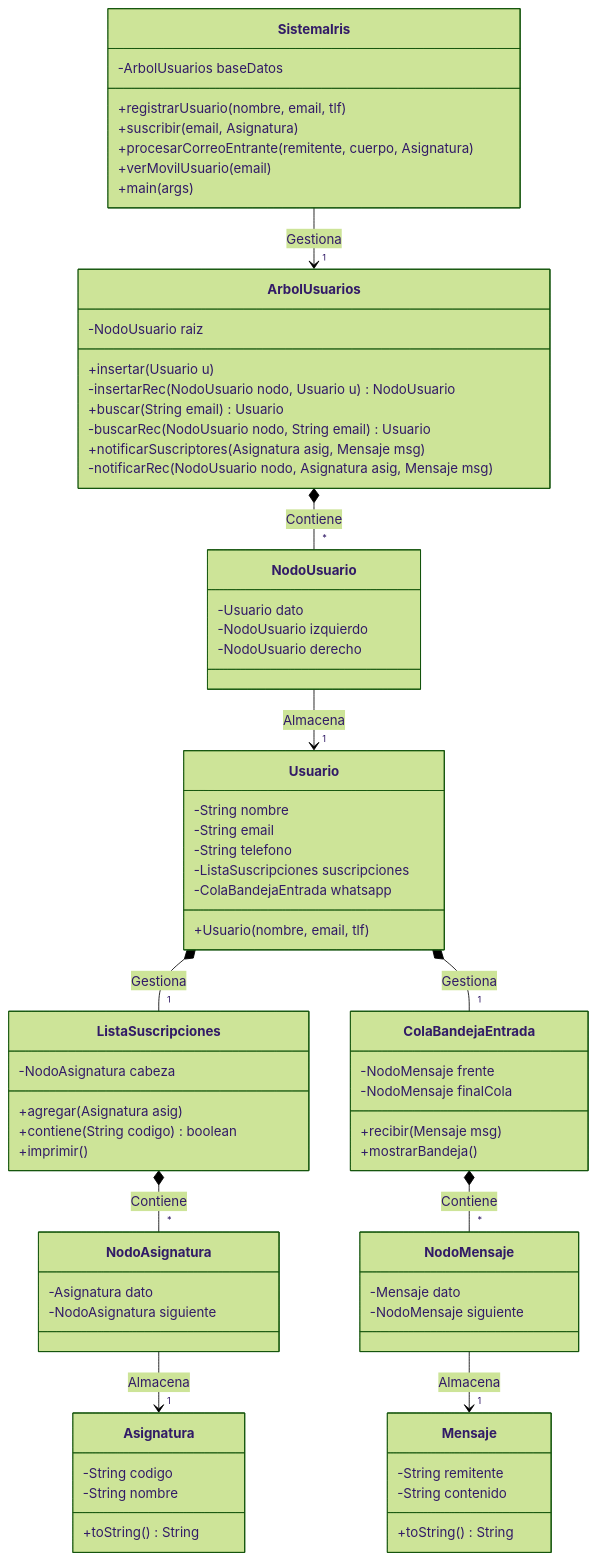
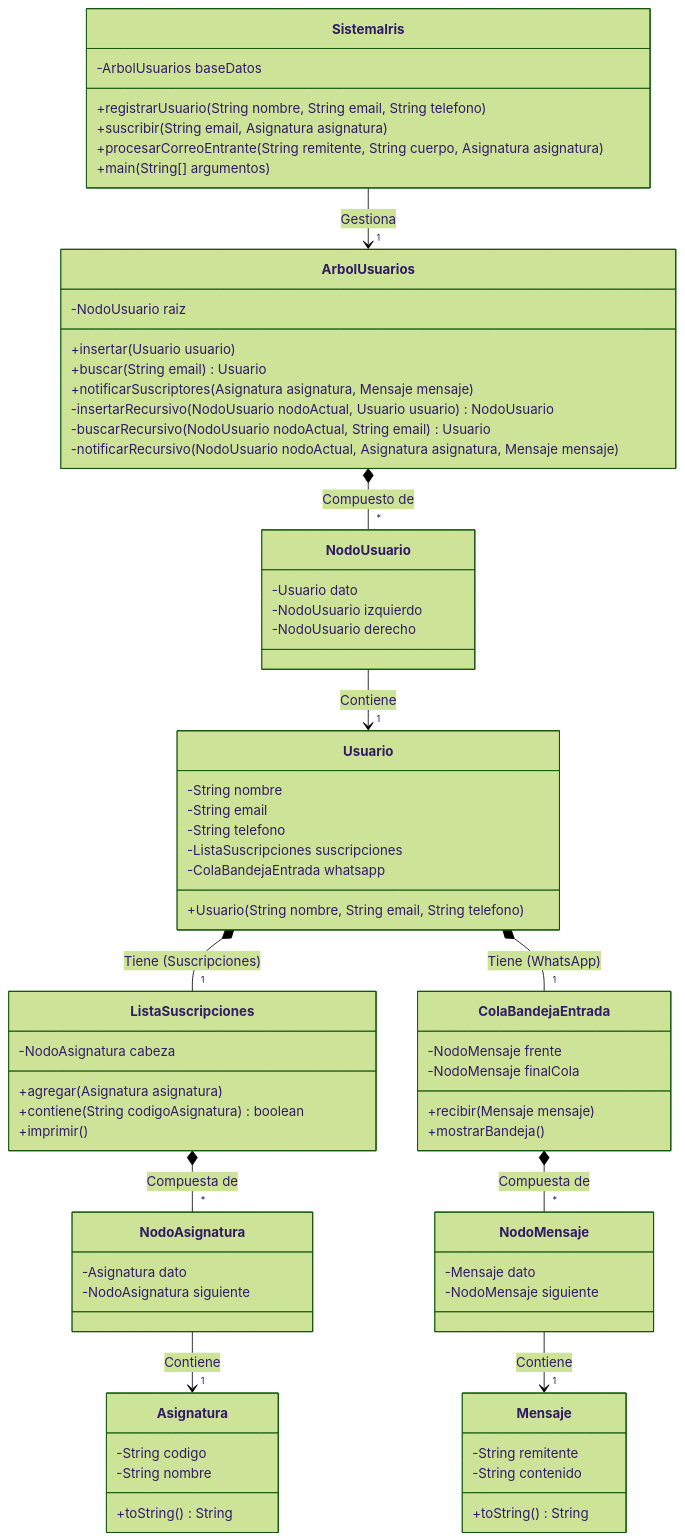
Before and after one commit to mmasias/25-26-EDA1: the diagram in entregas/lianoJavier/documentosUML/README.md, drawn with Mermaid (forest theme).

Commit message:
Refactor method

````diff
--- a/entregas/lianoJavier/documentosUML/README.md
+++ b/entregas/lianoJavier/documentosUML/README.md
@@ -19,13 +19,16 @@
         -String telefono
         -ListaSuscripciones suscripciones
         -ColaBandejaEntrada whatsapp
-        +Usuario(nombre, email, tlf)
+        +Usuario(String nombre, String email, String telefono)
     }
 
+    %% --- ESTRUCTURAS DE DATOS PROPIAS (EDA1) ---
+
+    %% 1. LISTA ENLAZADA (Para Suscripciones)
     class ListaSuscripciones {
         -NodoAsignatura cabeza
-        +agregar(Asignatura asig)
-        +contiene(String codigo) boolean
+        +agregar(Asignatura asignatura)
+        +contiene(String codigoAsignatura) boolean
         +imprimir()
     }
 
@@ -34,10 +37,11 @@
         -NodoAsignatura siguiente
     }
 
+    %% 2. COLA (Para la Bandeja de Entrada - FIFO)
     class ColaBandejaEntrada {
         -NodoMensaje frente
         -NodoMensaje finalCola
-        +recibir(Mensaje msg)
+        +recibir(Mensaje mensaje)
         +mostrarBandeja()
     }
 
@@ -46,14 +50,17 @@
         -NodoMensaje siguiente
     }
 
+    %% 3. ÁRBOL BINARIO DE BÚSQUEDA (Base de Datos de Usuarios)
     class ArbolUsuarios {
         -NodoUsuario raiz
-        +insertar(Usuario u)
-        -insertarRec(NodoUsuario nodo, Usuario u) NodoUsuario
+        +insertar(Usuario usuario)
         +buscar(String email) Usuario
-        -buscarRec(NodoUsuario nodo, String email) Usuario
-        +notificarSuscriptores(Asignatura asig, Mensaje msg)
-        -notificarRec(NodoUsuario nodo, Asignatura asig, Mensaje msg)
+        +notificarSuscriptores(Asignatura asignatura, Mensaje mensaje)
+        
+        %% Métodos recursivos privados con nombres completos
+        -insertarRecursivo(NodoUsuario nodoActual, Usuario usuario) NodoUsuario
+        -buscarRecursivo(NodoUsuario nodoActual, String email) Usuario
+        -notificarRecursivo(NodoUsuario nodoActual, Asignatura asignatura, Mensaje mensaje)
     }
 
     class NodoUsuario {
@@ -62,26 +69,33 @@
         -NodoUsuario derecho
     }
 
+    %% --- CONTROLADOR PRINCIPAL ---
     class SistemaIris {
         -ArbolUsuarios baseDatos
-        +registrarUsuario(nombre, email, tlf)
-        +suscribir(email, Asignatura)
-        +procesarCorreoEntrante(remitente, cuerpo, Asignatura)
-        +verMovilUsuario(email)
-        +main(args)
+        +registrarUsuario(String nombre, String email, String telefono)
+        +suscribir(String email, Asignatura asignatura)
+        +procesarCorreoEntrante(String remitente, String cuerpo, Asignatura asignatura)
+        +main(String[] argumentos)
     }
 
+    %% --- RELACIONES ENTRE CLASES ---
+    
+    %% El sistema "tiene" la base de datos principal
     SistemaIris --> "1" ArbolUsuarios : Gestiona
 
-    ArbolUsuarios *-- "*" NodoUsuario : Contiene
-    NodoUsuario --> "1" Usuario : Almacena
+    %% Composición del Árbol (Si el árbol muere, los nodos mueren)
+    ArbolUsuarios *-- "*" NodoUsuario : Compuesto de
+    NodoUsuario --> "1" Usuario : Contiene
 
-    Usuario *-- "1" ListaSuscripciones : Gestiona
-    Usuario *-- "1" ColaBandejaEntrada : Gestiona
+    %% Composición del Usuario (Sus estructuras son parte de él)
+    Usuario *-- "1" ListaSuscripciones : Tiene (Suscripciones)
+    Usuario *-- "1" ColaBandejaEntrada : Tiene (WhatsApp)
 
-    ListaSuscripciones *-- "*" NodoAsignatura : Contiene
-    NodoAsignatura --> "1" Asignatura : Almacena
+    %% Composición de la Lista
+    ListaSuscripciones *-- "*" NodoAsignatura : Compuesta de
+    NodoAsignatura --> "1" Asignatura : Contiene
 
-    ColaBandejaEntrada *-- "*" NodoMensaje : Contiene
-    NodoMensaje --> "1" Mensaje : Almacena
+    %% Composición de la Cola
+    ColaBandejaEntrada *-- "*" NodoMensaje : Compuesta de
+    NodoMensaje --> "1" Mensaje : Contiene
 ```
````
